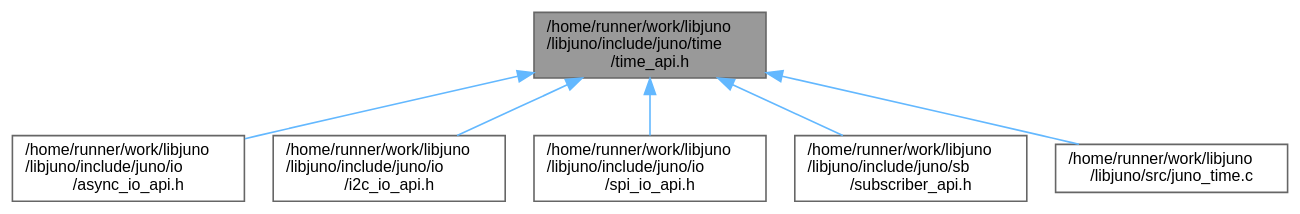
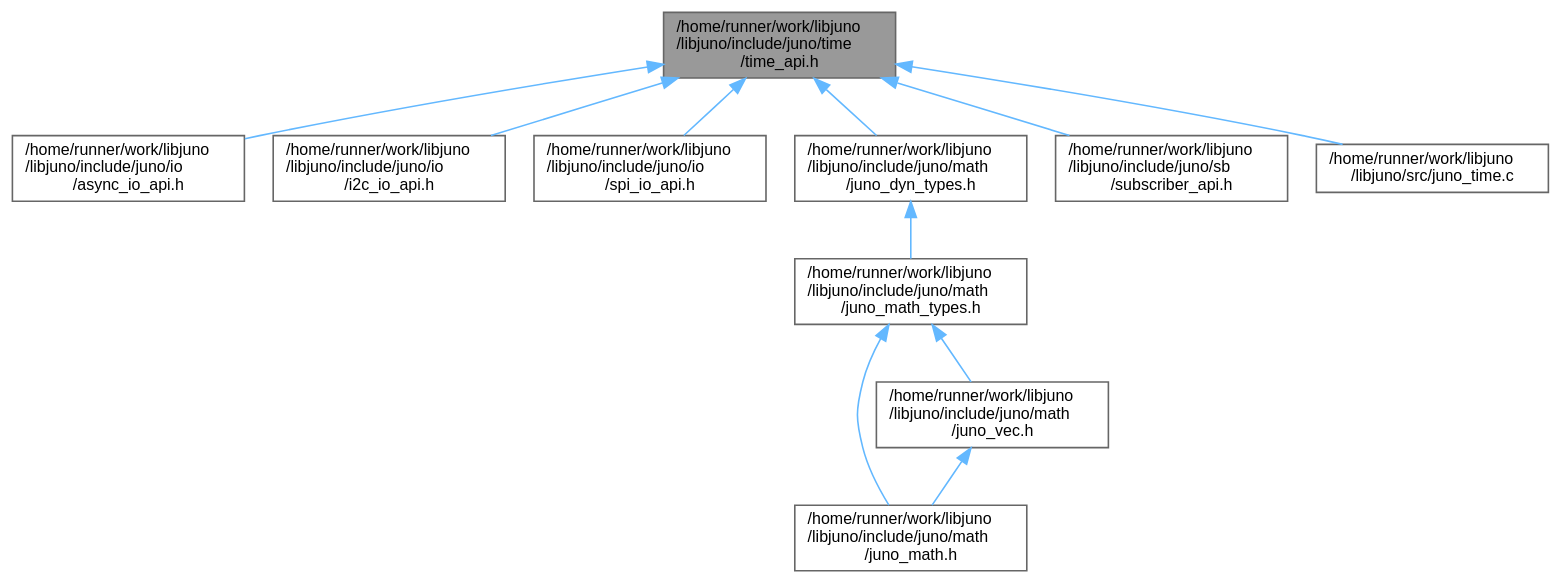
One commit to robinonsay/libjuno changed the diagram in time__api_8h__dep__incl.dot. Above: the diagram before and after it, drawn with Graphviz. The commit also changed 154 other files, not shown here.

```diff
--- a/time__api_8h__dep__incl.dot
+++ b/time__api_8h__dep__incl.dot
@@ -1,18 +1,27 @@
 digraph "/home/runner/work/libjuno/libjuno/include/juno/time/time_api.h"
 {
  // LATEX_PDF_SIZE
   bgcolor="transparent";
   edge [fontname=Helvetica,fontsize=10,labelfontname=Helvetica,labelfontsize=10];
   node [fontname=Helvetica,fontsize=10,shape=box,height=0.2,width=0.4];
   Node1 [id="Node000001",label="/home/runner/work/libjuno\l/libjuno/include/juno/time\l/time_api.h",height=0.2,width=0.4,color="gray40", fillcolor="grey60", style="filled", fontcolor="black",tooltip=" "];
   Node1 -> Node2 [id="edge1_Node000001_Node000002",dir="back",color="steelblue1",style="solid",tooltip=" "];
   Node2 [id="Node000002",label="/home/runner/work/libjuno\l/libjuno/include/juno/io\l/async_io_api.h",height=0.2,width=0.4,color="grey40", fillcolor="white", style="filled",URL="$async__io__api_8h.html",tooltip=" "];
   Node1 -> Node3 [id="edge2_Node000001_Node000003",dir="back",color="steelblue1",style="solid",tooltip=" "];
   Node3 [id="Node000003",label="/home/runner/work/libjuno\l/libjuno/include/juno/io\l/i2c_io_api.h",height=0.2,width=0.4,color="grey40", fillcolor="white", style="filled",URL="$i2c__io__api_8h.html",tooltip=" "];
   Node1 -> Node4 [id="edge3_Node000001_Node000004",dir="back",color="steelblue1",style="solid",tooltip=" "];
   Node4 [id="Node000004",label="/home/runner/work/libjuno\l/libjuno/include/juno/io\l/spi_io_api.h",height=0.2,width=0.4,color="grey40", fillcolor="white", style="filled",URL="$spi__io__api_8h.html",tooltip=" "];
   Node1 -> Node5 [id="edge4_Node000001_Node000005",dir="back",color="steelblue1",style="solid",tooltip=" "];
-  Node5 [id="Node000005",label="/home/runner/work/libjuno\l/libjuno/include/juno/sb\l/subscriber_api.h",height=0.2,width=0.4,color="grey40", fillcolor="white", style="filled",URL="$subscriber__api_8h.html",tooltip=" "];
-  Node1 -> Node6 [id="edge5_Node000001_Node000006",dir="back",color="steelblue1",style="solid",tooltip=" "];
-  Node6 [id="Node000006",label="/home/runner/work/libjuno\l/libjuno/src/juno_time.c",height=0.2,width=0.4,color="grey40", fillcolor="white", style="filled",URL="$juno__time_8c.html",tooltip=" "];
+  Node5 [id="Node000005",label="/home/runner/work/libjuno\l/libjuno/include/juno/math\l/juno_dyn_types.h",height=0.2,width=0.4,color="grey40", fillcolor="white", style="filled",URL="$juno__dyn__types_8h.html",tooltip=" "];
+  Node5 -> Node6 [id="edge5_Node000005_Node000006",dir="back",color="steelblue1",style="solid",tooltip=" "];
+  Node6 [id="Node000006",label="/home/runner/work/libjuno\l/libjuno/include/juno/math\l/juno_math_types.h",height=0.2,width=0.4,color="grey40", fillcolor="white", style="filled",URL="$juno__math__types_8h.html",tooltip=" "];
+  Node6 -> Node7 [id="edge6_Node000006_Node000007",dir="back",color="steelblue1",style="solid",tooltip=" "];
+  Node7 [id="Node000007",label="/home/runner/work/libjuno\l/libjuno/include/juno/math\l/juno_math.h",height=0.2,width=0.4,color="grey40", fillcolor="white", style="filled",URL="$juno__math_8h.html",tooltip=" "];
+  Node6 -> Node8 [id="edge7_Node000006_Node000008",dir="back",color="steelblue1",style="solid",tooltip=" "];
+  Node8 [id="Node000008",label="/home/runner/work/libjuno\l/libjuno/include/juno/math\l/juno_vec.h",height=0.2,width=0.4,color="grey40", fillcolor="white", style="filled",URL="$juno__vec_8h.html",tooltip=" "];
+  Node8 -> Node7 [id="edge8_Node000008_Node000007",dir="back",color="steelblue1",style="solid",tooltip=" "];
+  Node1 -> Node9 [id="edge9_Node000001_Node000009",dir="back",color="steelblue1",style="solid",tooltip=" "];
+  Node9 [id="Node000009",label="/home/runner/work/libjuno\l/libjuno/include/juno/sb\l/subscriber_api.h",height=0.2,width=0.4,color="grey40", fillcolor="white", style="filled",URL="$subscriber__api_8h.html",tooltip=" "];
+  Node1 -> Node10 [id="edge10_Node000001_Node000010",dir="back",color="steelblue1",style="solid",tooltip=" "];
+  Node10 [id="Node000010",label="/home/runner/work/libjuno\l/libjuno/src/juno_time.c",height=0.2,width=0.4,color="grey40", fillcolor="white", style="filled",URL="$juno__time_8c.html",tooltip=" "];
 }
```
